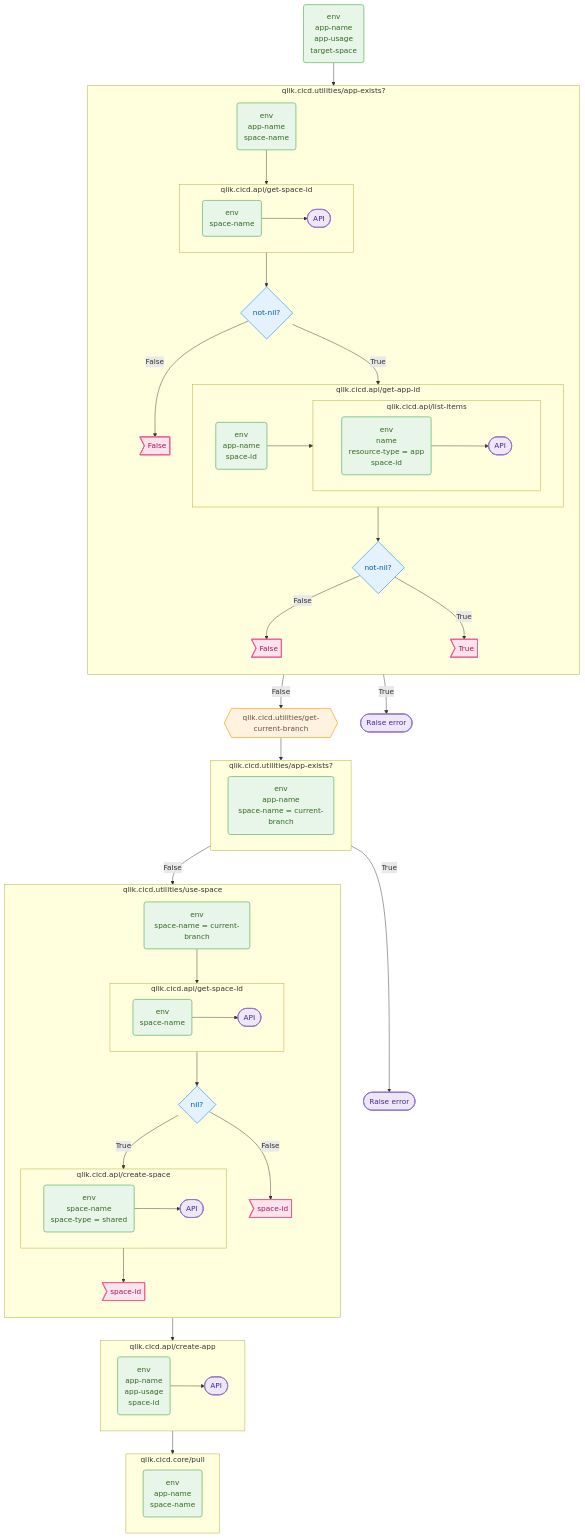
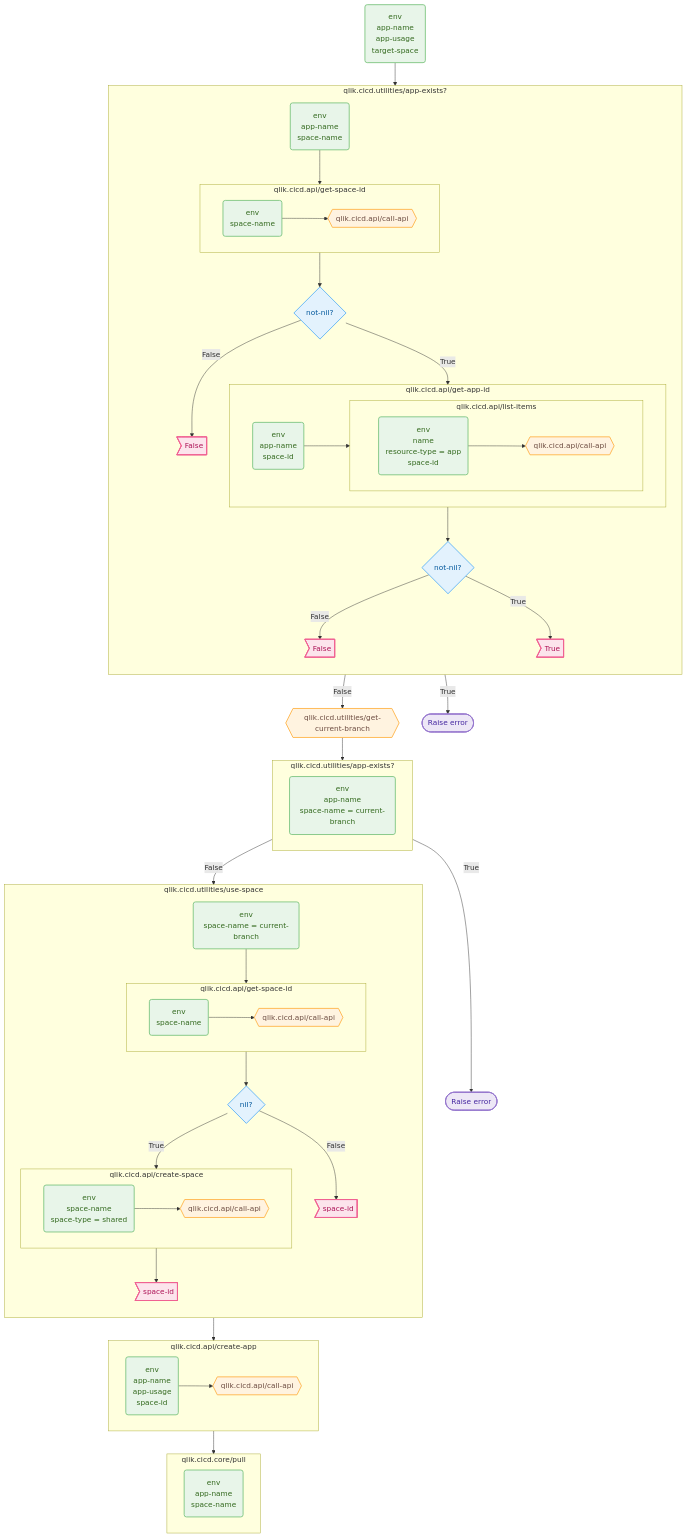
Before and after one commit to mattiasthalen/qlik-cicd-cli: the second of 2 diagrams in README.md, drawn with Mermaid.

Commit message:
Change terminal nodes for api to prepare nodes

```diff
--- a/README.md
+++ b/README.md
@@ -48,7 +48,7 @@
         
         subgraph get_space_id["qlik.cicd.api/get-space-id"]
             get_space_id__input:::event@{shape: event, label: "env\nspace-name"}
-            get_space_id__api:::terminal@{shape: terminal, label: "API"}
+            get_space_id__api:::prepare@{shape: prepare, label: "qlik.cicd.api/call-api"}
 
             get_space_id__input --> get_space_id__api
         end
@@ -61,7 +61,7 @@
 
             subgraph list_items["qlik.cicd.api/list-items"]
                 list_items__input:::event@{shape: event, label: "env\nname\nresource-type = app\nspace-id"}
-                list_items__api:::terminal@{shape: terminal, label: "API"}
+                list_items__api:::prepare@{shape: prepare, label: "qlik.cicd.api/call-api"}
 
                 list_items__input --> list_items__api
 
@@ -96,7 +96,7 @@
         use_space__input:::event@{shape: event, label: "env\nspace-name = current-branch"}
         subgraph use_space__get_space_id["qlik.cicd.api/get-space-id"]
             use_space__get_space_id__input:::event@{shape: event, label: "env\nspace-name"}
-            use_space__get_space_id__api:::terminal@{shape: terminal, label: "API"}
+            use_space__get_space_id__api:::prepare@{shape: prepare, label: "qlik.cicd.api/call-api"}
 
             use_space__get_space_id__input --> use_space__get_space_id__api
         end
@@ -105,7 +105,7 @@
 
         subgraph create_space["qlik.cicd.api/create-space"]
             create_space__input:::event@{shape: event, label: "env\nspace-name\nspace-type = shared"}
-            create_space__api:::terminal@{shape: terminal, label: "API"}
+            create_space__api:::prepare@{shape: prepare, label: "qlik.cicd.api/call-api"}
 
             create_space__input --> create_space__api
         end
@@ -123,7 +123,7 @@
         direction LR
 
         create_app__input:::event@{shape: event, label: "env\napp-name\napp-usage\nspace-id"}
-        create_app__api:::terminal@{shape: terminal, label: "API"}
+        create_app__api:::prepare@{shape: prepare, label: "qlik.cicd.api/call-api"}
 
         create_app__input --> create_app__api
     end
```
